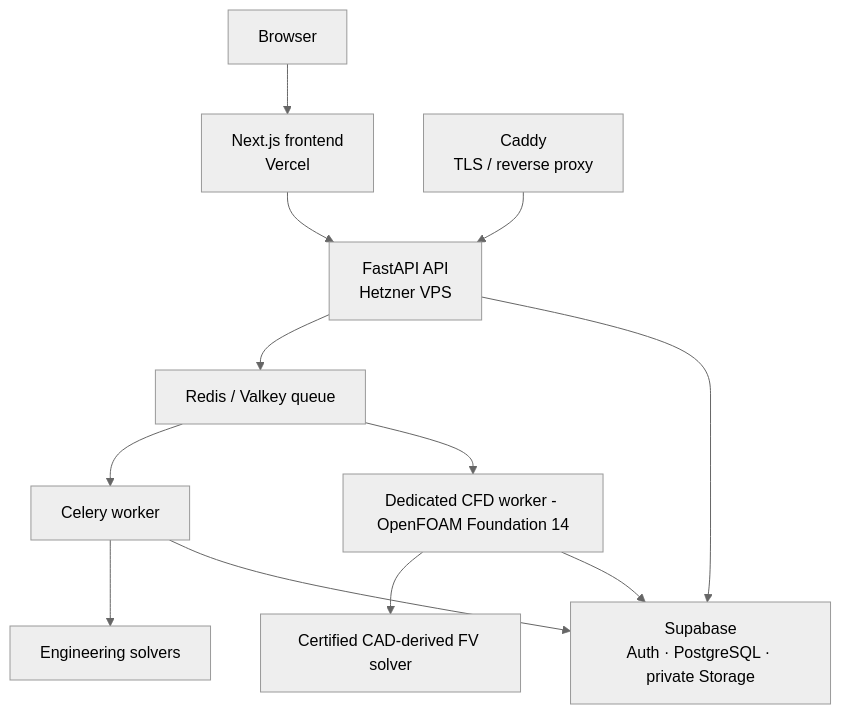
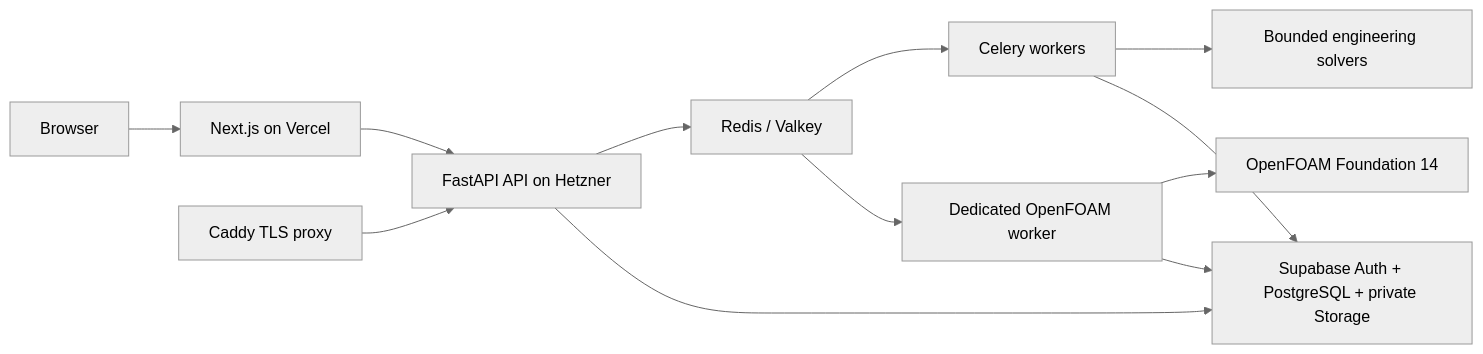
One commit to eslammohamed2009b-a11y/ASRE-LAB changed the second of 2 diagrams in README.md. Above: the diagram before and after it, drawn with Mermaid (neutral theme). The commit also changed other lines of this file and 10 other files, not shown here.

````diff
--- a/README.md
+++ b/README.md
@@ -75,14 +156,14 @@
 ```mermaid
-flowchart TD
-    B[Browser] --> F[Next.js frontend\nVercel]
-    F --> A[FastAPI API\nHetzner VPS]
-    A --> Q[Redis / Valkey queue]
-    Q --> W[Celery worker]
-    Q --> CFW[Dedicated CFD worker - OpenFOAM Foundation 14]
-    W --> S[Engineering solvers]
-    CFW --> CFD[Certified CAD-derived FV solver]
-    A --> DB[Supabase\nAuth · PostgreSQL · private Storage]
+flowchart LR
+    B[Browser] --> F[Next.js on Vercel]
+    F --> A[FastAPI API on Hetzner]
+    A --> Q[Redis / Valkey]
+    Q --> W[Celery workers]
+    Q --> C[Dedicated OpenFOAM worker]
+    W --> S[Bounded engineering solvers]
+    C --> OF[OpenFOAM Foundation 14]
+    A --> DB[Supabase Auth + PostgreSQL + private Storage]
     W --> DB
-    CFW --> DB
-    C[Caddy\nTLS / reverse proxy] --> A
+    C --> DB
+    X[Caddy TLS proxy] --> A
 ```
````
